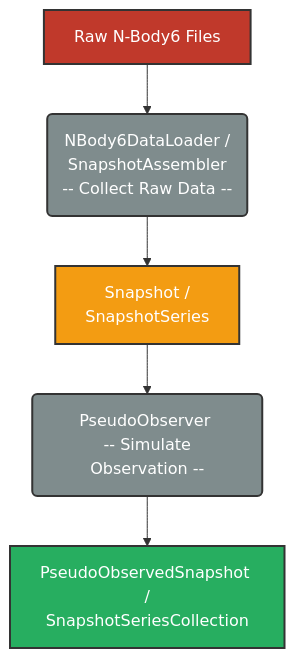
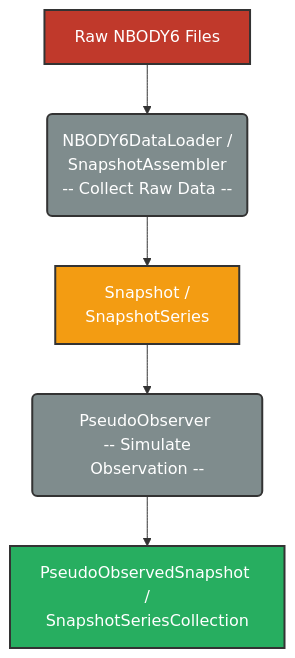
Before and after one commit to fengshun124/NBODY6-data-pipeline: the diagram in README.md, drawn with Mermaid. The commit also changed other lines of this file and 4 other files, not shown here.

````diff
--- a/README.md
+++ b/README.md
@@ -10,12 +7,12 @@
 ```mermaid
 graph TD
-    A[Raw N-Body6 Files] --> B(NBody6DataLoader /<br/>SnapshotAssembler <br/> -- Collect Raw Data --);
+    A[Raw NBODY6 Files] --> B(NBODY6DataLoader /<br/>SnapshotAssembler <br/> -- Collect Raw Data --);
     B --> C[Snapshot /<br/>SnapshotSeries];
     C --> D(PseudoObserver <br/> -- Simulate Observation --);
     D --> E[PseudoObservedSnapshot /<br/>SnapshotSeriesCollection];
     style A fill: #c0392b, stroke: #333, stroke-width: 2px, color: #fff
     style B fill: #7f8c8d, stroke: #333, stroke-width: 2px, color: #fff
     style C fill: #f39c12, stroke: #333, stroke-width: 2px, color: #fff
     style D fill: #7f8c8d, stroke: #333, stroke-width: 2px, color: #fff
     style E fill: #27ae60, stroke: #333, stroke-width: 2px, color: #fff
 ```
````
